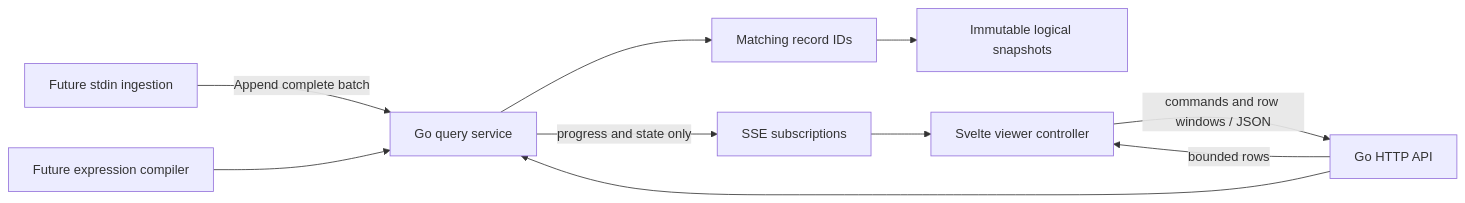
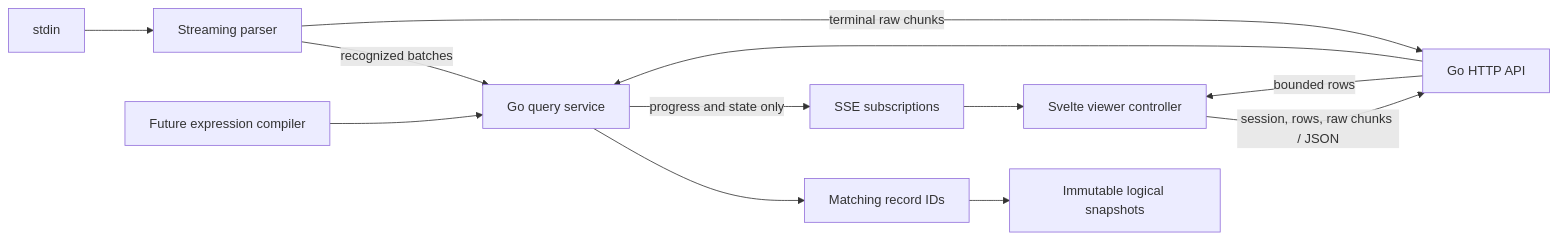
Before and after one commit to jpetroff/streamline: the diagram in .memory/transport.md, drawn with Mermaid. The commit also changed other lines of this file and 29 other files, not shown here.

Commit message:
stdin ingestion parsing and display on load

````diff
--- a/.memory/transport.md
+++ b/.memory/transport.md
@@ -30,12 +30,14 @@
 ```mermaid
 flowchart LR
-  Ingest["Future stdin ingestion"] -->|"Append complete batch"| Query["Go query service"]
+  Stdin["stdin"] --> Parser["Streaming parser"]
+  Parser -->|"recognized batches"| Query["Go query service"]
+  Parser -->|"terminal raw chunks"| API["Go HTTP API"]
   Engine["Future expression compiler"] --> Query
   Query --> Index["Matching record IDs"]
   Index --> Snapshot["Immutable logical snapshots"]
-  Browser["Svelte viewer controller"] -->|"commands and row windows / JSON"| API["Go HTTP API"]
+  Browser["Svelte viewer controller"] -->|"session, rows, raw chunks / JSON"| API
   API --> Query
   Query -->|"progress and state only"| SSE["SSE subscriptions"]
   SSE --> Browser
   API -->|"bounded rows"| Browser
 ```
````
